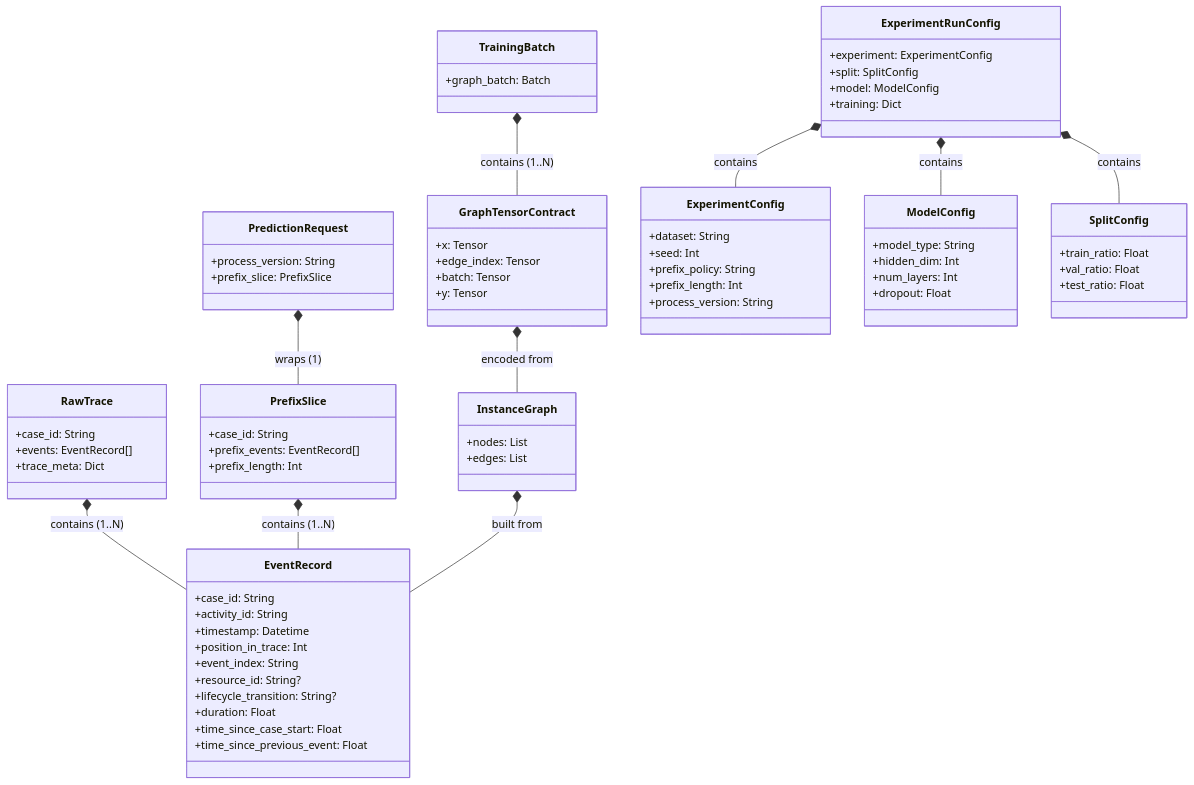
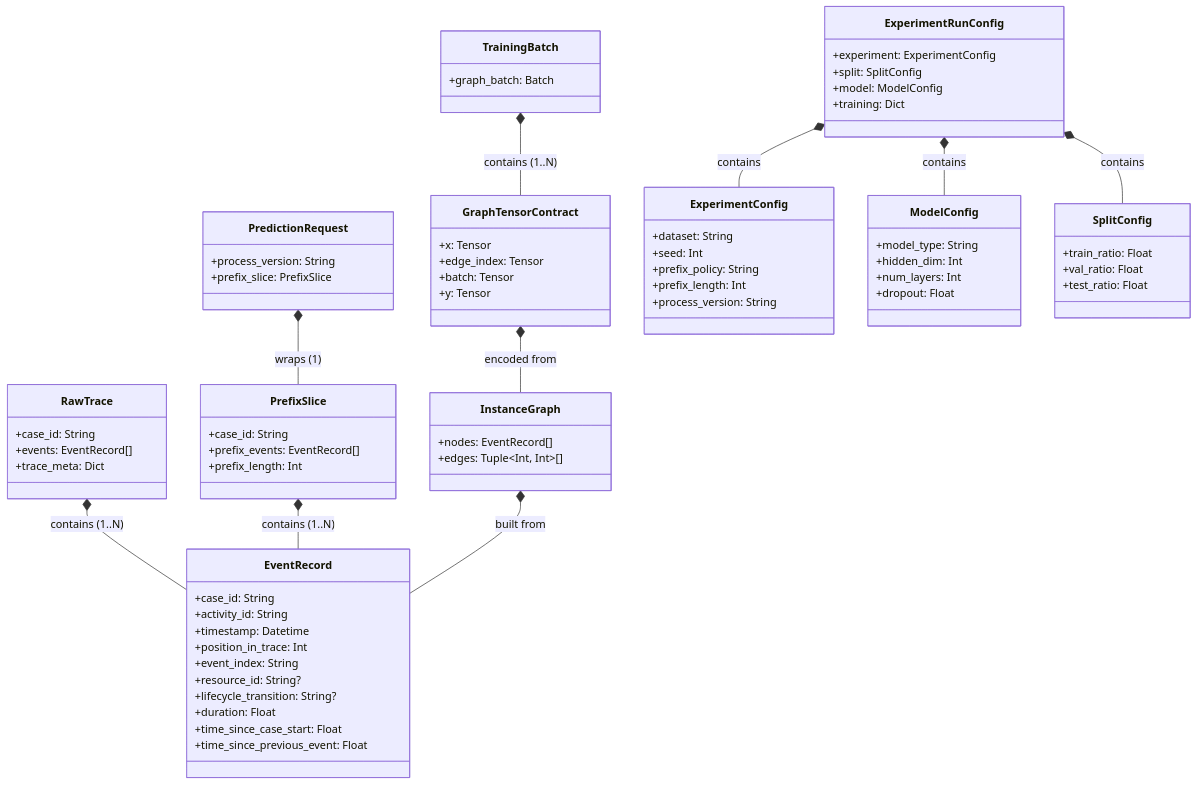
The first of 3 diagrams in DATA_MODEL_MVP1.MD (ghsrg/bpm_prediction), drawn with Mermaid before and after one commit.

Commit message:
Updated Data model

```diff
--- a/DATA_MODEL_MVP1.MD
+++ b/DATA_MODEL_MVP1.MD
@@ -251,8 +251,8 @@
     }
     
     class InstanceGraph {
-        +nodes: List
-        +edges: List
+        +nodes: EventRecord[]
+        +edges: Tuple~Int, Int~[]
     }
     
     class GraphTensorContract {
```
